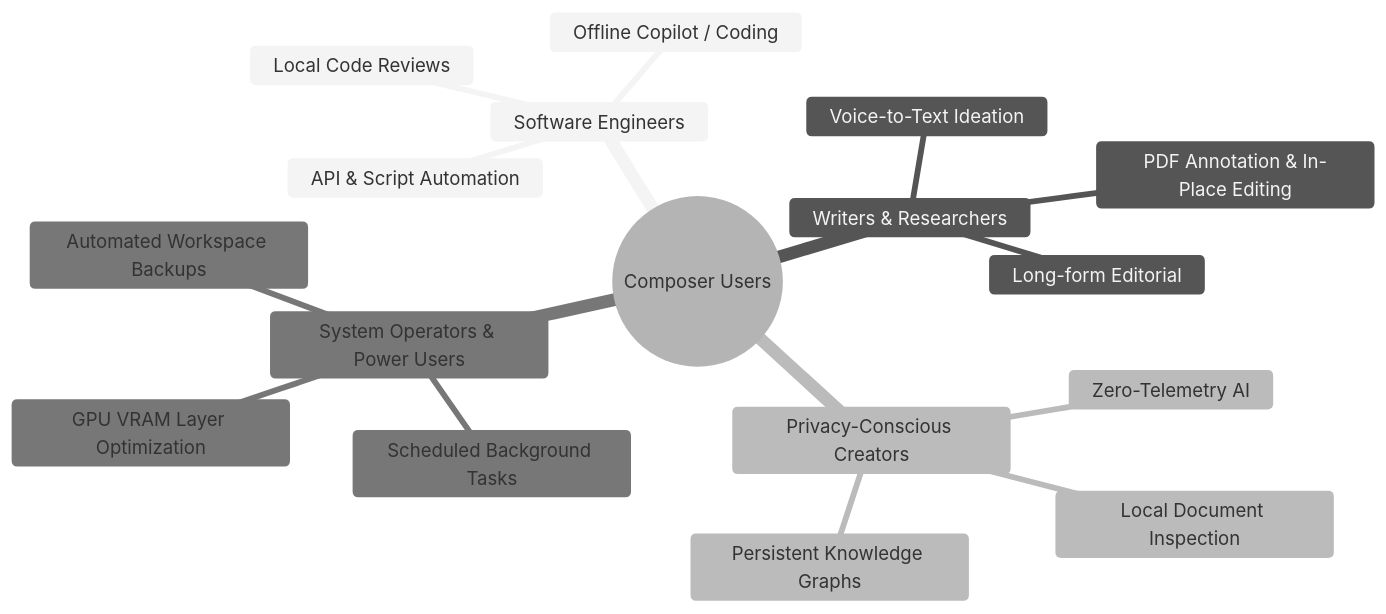
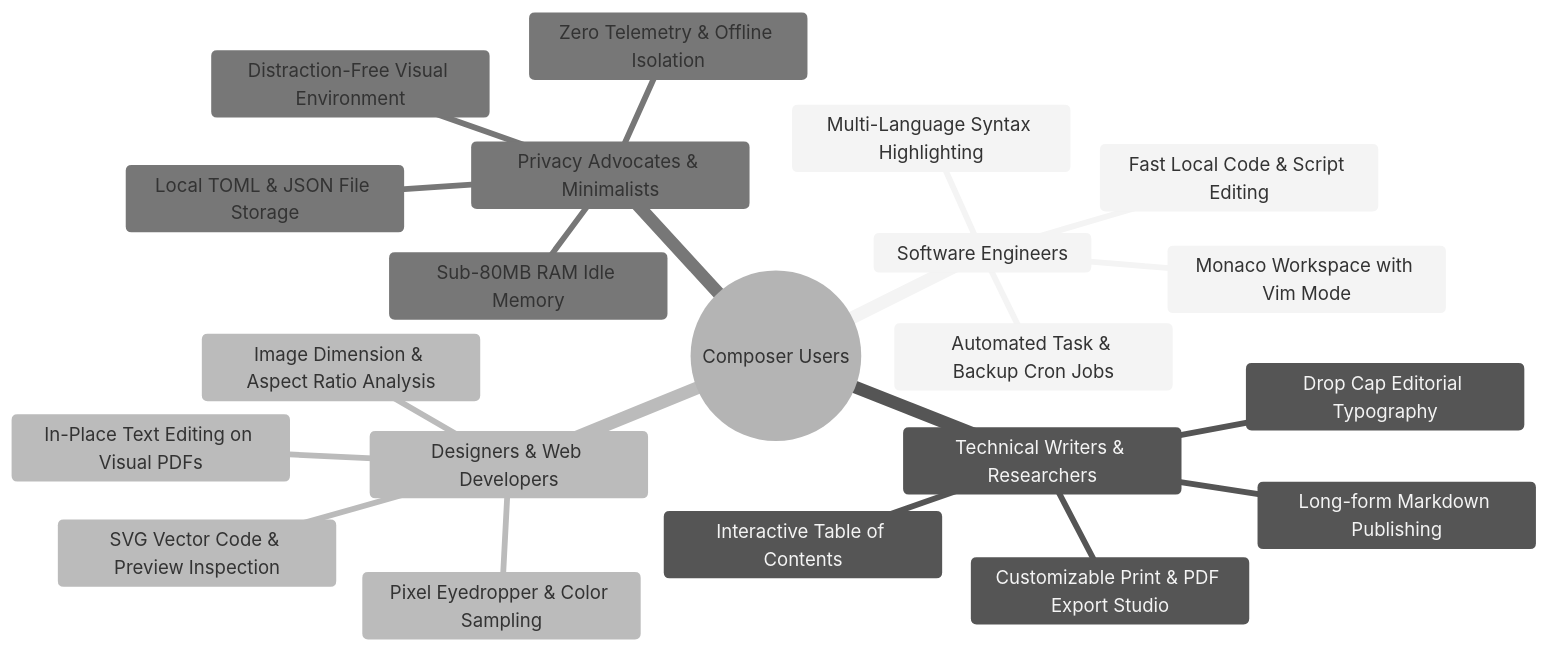
One commit to zishan049/Composer changed the first of 9 diagrams in PRD.md. Above: the diagram before and after it, drawn with Mermaid (neutral theme). The commit also changed other lines of this file and 1 other file, not shown here.

````diff
--- a/PRD.md
+++ b/PRD.md
@@ -27,20 +27,24 @@
 ```mermaid
 mindmap
   root((Composer Users))
     Software Engineers
-      Local Code Reviews
-      API & Script Automation
-      Offline Copilot / Coding
-    Writers & Researchers
-      Long-form Editorial
-      PDF Annotation & In-Place Editing
-      Voice-to-Text Ideation
-    Privacy-Conscious Creators
-      Zero-Telemetry AI
-      Local Document Inspection
-      Persistent Knowledge Graphs
-    System Operators & Power Users
-      Scheduled Background Tasks
-      Automated Workspace Backups
-      GPU VRAM Layer Optimization
+      Fast Local Code & Script Editing
+      Multi-Language Syntax Highlighting
+      Monaco Workspace with Vim Mode
+      Automated Task & Backup Cron Jobs
+    Technical Writers & Researchers
+      Long-form Markdown Publishing
+      Interactive Table of Contents
+      Customizable Print & PDF Export Studio
+      Drop Cap Editorial Typography
+    Designers & Web Developers
+      In-Place Text Editing on Visual PDFs
+      SVG Vector Code & Preview Inspection
+      Pixel Eyedropper & Color Sampling
+      Image Dimension & Aspect Ratio Analysis
+    Privacy Advocates & Minimalists
+      Zero Telemetry & Offline Isolation
+      Sub-80MB RAM Idle Memory
+      Distraction-Free Visual Environment
+      Local TOML & JSON File Storage
 ```
````
